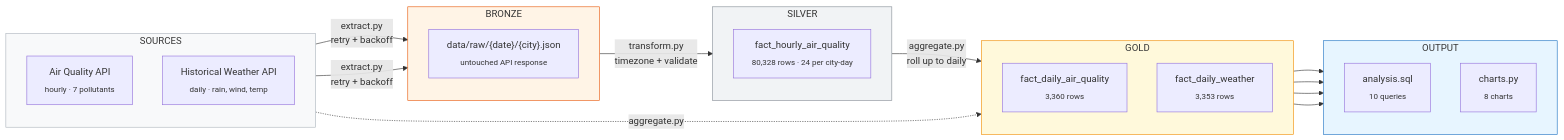
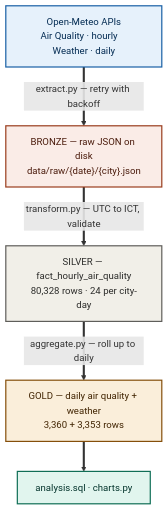
The diagram in README.md (Tuong1308/air-quality-analyst), drawn with Mermaid before and after one commit.

````diff
--- a/README.md
+++ b/README.md
@@ -15,42 +15,25 @@
 ```mermaid
-flowchart LR
-    subgraph SRC[" SOURCES "]
-        direction TB
-        A1["Air Quality API<br/><sub>hourly · 7 pollutants</sub>"]
-        A2["Historical Weather API<br/><sub>daily · rain, wind, temp</sub>"]
-    end
+flowchart TD
+    A["Open-Meteo APIs<br/>Air Quality · hourly &nbsp;&nbsp; Weather · daily"]
+    B["BRONZE — raw JSON on disk<br/>data/raw/{date}/{city}.json"]
+    C["SILVER — fact_hourly_air_quality<br/>80,328 rows · 24 per city-day"]
+    D["GOLD — daily air quality + weather<br/>3,360 + 3,353 rows"]
+    E["analysis.sql · charts.py"]
 
-    subgraph BRONZE[" BRONZE "]
-        direction TB
-        B1["data/raw/{date}/{city}.json<br/><sub>untouched API response</sub>"]
-    end
+    A ==>|"extract.py — retry with backoff"| B
+    B ==>|"transform.py — UTC to ICT, validate"| C
+    C ==>|"aggregate.py — roll up to daily"| D
+    D ==> E
 
-    subgraph SILVER[" SILVER "]
-        direction TB
-        C1["fact_hourly_air_quality<br/><sub>80,328 rows · 24 per city-day</sub>"]
-    end
+    classDef src  fill:#E6F1FB,stroke:#185FA5,stroke-width:2px,color:#042C53
+    classDef brz  fill:#FAECE7,stroke:#993C1D,stroke-width:2px,color:#4A1B0C
+    classDef slv  fill:#F1EFE8,stroke:#5F5E5A,stroke-width:2px,color:#2C2C2A
+    classDef gld  fill:#FAEEDA,stroke:#854F0B,stroke-width:2px,color:#412402
+    classDef out  fill:#E1F5EE,stroke:#0F6E56,stroke-width:2px,color:#04342C
 
-    subgraph GOLD[" GOLD "]
-        direction TB
-        D1["fact_daily_air_quality<br/><sub>3,360 rows</sub>"]
-        D2["fact_daily_weather<br/><sub>3,353 rows</sub>"]
-    end
-
-    subgraph OUT[" OUTPUT "]
-        direction TB
-        E1["analysis.sql<br/><sub>10 queries</sub>"]
-        E2["charts.py<br/><sub>8 charts</sub>"]
-    end
-
-    A1 & A2 -->|"extract.py<br/>retry + backoff"| B1
-    B1 -->|"transform.py<br/>timezone + validate"| C1
-    C1 -->|"aggregate.py<br/>roll up to daily"| D1
-    A2 -.->|"aggregate.py"| D2
-    D1 & D2 --> E1 & E2
-
-    style SRC fill:#f8f9fa,stroke:#adb5bd
-    style BRONZE fill:#fff4e6,stroke:#e8590c
-    style SILVER fill:#f1f3f5,stroke:#868e96
-    style GOLD fill:#fff9db,stroke:#f08c00
-    style OUT fill:#e7f5ff,stroke:#1971c2
+    class A src
+    class B brz
+    class C slv
+    class D gld
+    class E out
 ```
````
